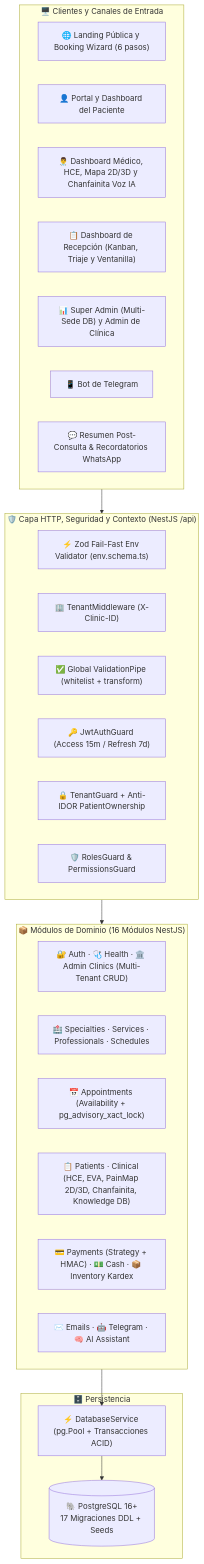
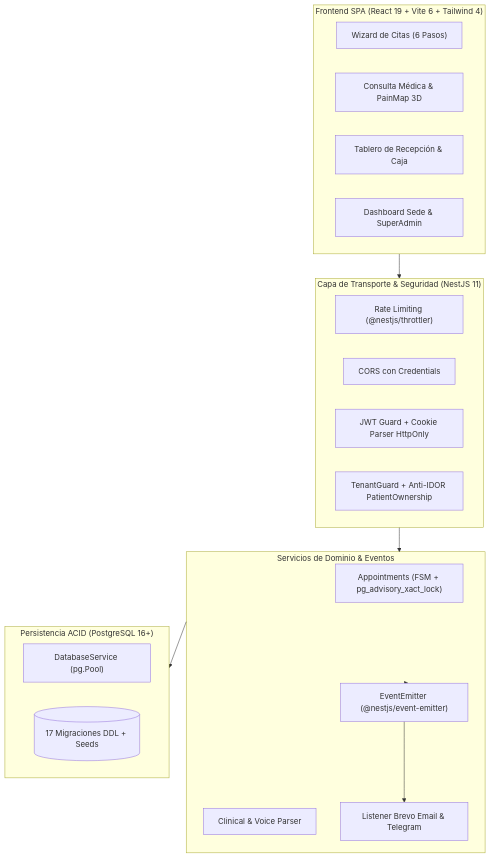
Before and after one commit to Alessander9/SistemaCitas_ok: the diagram in README.md, drawn with Mermaid. The commit also changed other lines of this file and 2 other files, not shown here.

Commit message:
docs: restructure README to standardized template, add ARCHITECTURE doc and LICENSE

````diff
--- a/README.md
+++ b/README.md
@@ -67,40 +35,34 @@
 ```mermaid
 flowchart TB
-    subgraph CLIENTS ["🖥️ Clientes y Canales de Entrada"]
-        WEB_PUB["🌐 Landing Pública y Booking Wizard (6 pasos)"]
-        PORTAL_PAC["👤 Portal y Dashboard del Paciente"]
-        PORTAL_MED["👨‍⚕️ Dashboard Médico, HCE, Mapa 2D/3D y Chanfainita Voz IA"]
-        PORTAL_REC["📋 Dashboard de Recepción (Kanban, Triaje y Ventanilla)"]
-        PORTAL_ADM["📊 Super Admin (Multi-Sede DB) y Admin de Clínica"]
-        BOT_TG["📱 Bot de Telegram"]
-        WHATSAPP["💬 Resumen Post-Consulta & Recordatorios WhatsApp"]
+    subgraph FRONTEND ["Frontend SPA (React 19 + Vite 6 + Tailwind 4)"]
+        BOOKING["Wizard de Citas (6 Pasos)"]
+        CLINICAL_UI["Consulta Médica & PainMap 3D"]
+        RECEPTION_UI["Tablero de Recepción & Caja"]
+        ADMIN_UI["Dashboard Sede & SuperAdmin"]
     end
 
-    subgraph GATEWAY ["🛡️ Capa HTTP, Seguridad y Contexto (NestJS /api)"]
-        ENV_ZOD["⚡ Zod Fail-Fast Env Validator (env.schema.ts)"]
-        TENANT_MW["🏢 TenantMiddleware (X-Clinic-ID)"]
-        VAL_PIPE["✅ Global ValidationPipe (whitelist + transform)"]
-        AUTH_GUARD["🔑 JwtAuthGuard (Access 15m / Refresh 7d)"]
-        TENANT_GUARD["🔒 TenantGuard + Anti-IDOR PatientOwnership"]
-        RBAC_GUARD["🛡️ RolesGuard & PermissionsGuard"]
+    subgraph SECURITY ["Capa de Transporte & Seguridad (NestJS 11)"]
+        THROTTLER["Rate Limiting (@nestjs/throttler)"]
+        CORS_MW["CORS con Credentials"]
+        AUTH_MW["JWT Guard + Cookie Parser HttpOnly"]
+        TENANT_MW["TenantGuard + Anti-IDOR PatientOwnership"]
     end
 
-    subgraph MODULES ["📦 Módulos de Dominio (16 Módulos NestJS)"]
-        CORE_MOD["🔐 Auth · 🩺 Health · 🏛️ Admin Clinics (Multi-Tenant CRUD)"]
-        CAT_MOD["🏥 Specialties · Services · Professionals · Schedules"]
-        APPT_MOD["📅 Appointments (Availability + pg_advisory_xact_lock)"]
-        CLIN_MOD["📋 Patients · Clinical (HCE, EVA, PainMap 2D/3D, Chanfainita, Knowledge DB)"]
-        FIN_MOD["💳 Payments (Strategy + HMAC) · 💵 Cash · 📦 Inventory Kardex"]
-        AUTO_MOD["✉️ Emails · 🤖 Telegram · 🧠 AI Assistant"]
+    subgraph BUSINESS ["Servicios de Dominio & Eventos"]
+        APPT_SRV["Appointments (FSM + pg_advisory_xact_lock)"]
+        CLIN_SRV["Clinical & Voice Parser"]
+        EVENT_BUS["EventEmitter (@nestjs/event-emitter)"]
+        NOTIF_LISTENER["Listener Brevo Email & Telegram"]
     end
 
-    subgraph STORAGE ["🗄️ Persistencia"]
-        POOL["⚡ DatabaseService (pg.Pool + Transacciones ACID)"]
-        PG_DB[("🐘 PostgreSQL 16+\n17 Migraciones DDL + Seeds")]
+    subgraph STORAGE ["Persistencia ACID (PostgreSQL 16+)"]
+        PG_POOL["DatabaseService (pg.Pool)"]
+        DB_TABLES[("17 Migraciones DDL + Seeds")]
     end
 
-    CLIENTS --> GATEWAY
-    GATEWAY --> MODULES
-    MODULES --> POOL
-    POOL --> PG_DB
+    FRONTEND --> SECURITY
+    SECURITY --> BUSINESS
+    BUSINESS --> EVENT_BUS
+    EVENT_BUS --> NOTIF_LISTENER
+    BUSINESS --> STORAGE
 ```
````
